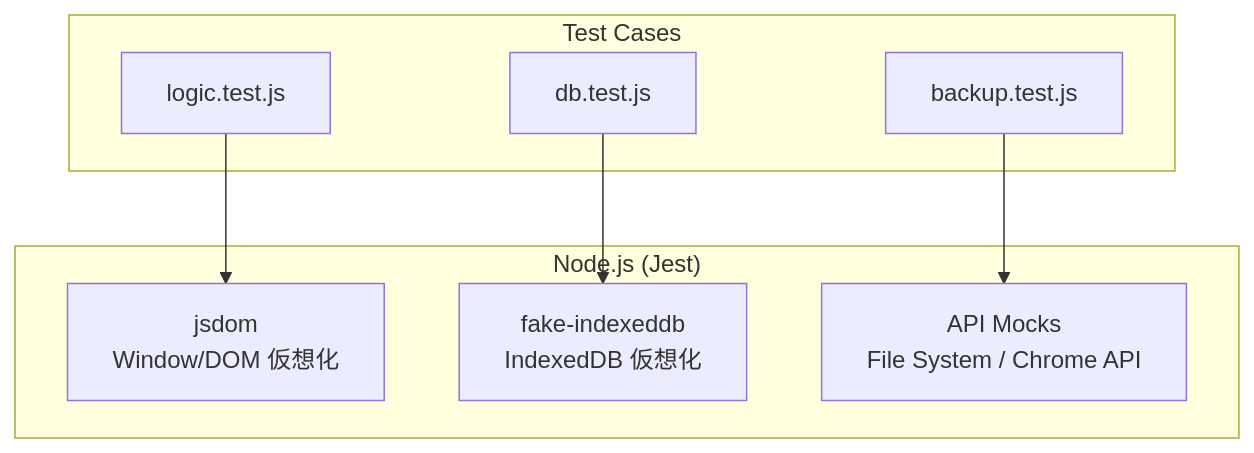
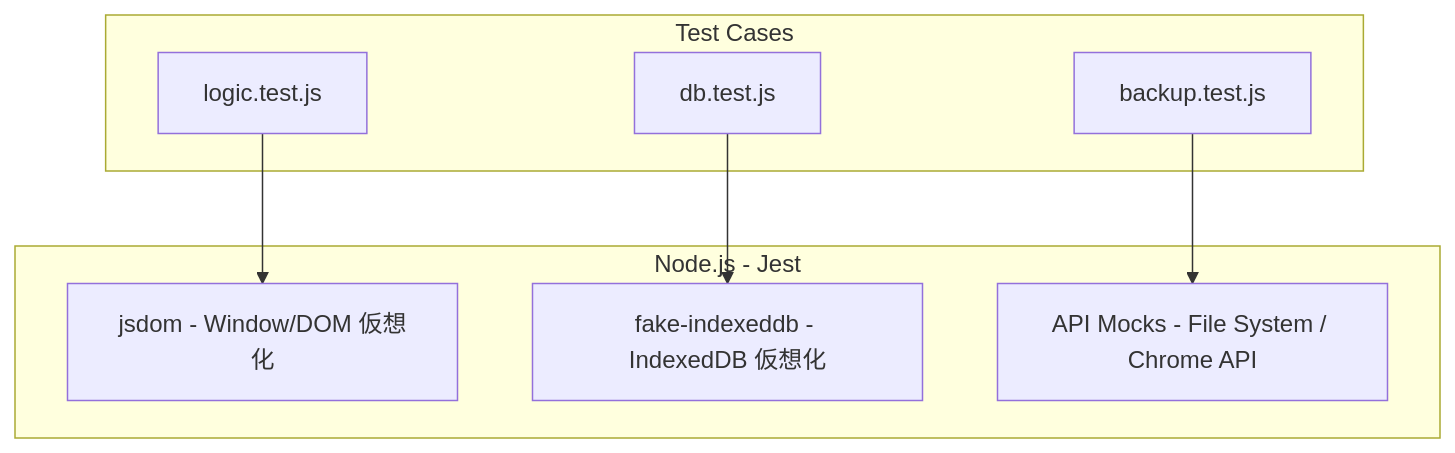
Before and after one commit to masanori-satake/QuickLog-Solo: diagram 12 of 12 in docs/README_DEV.md, drawn with Mermaid. The commit also changed other lines of this file, not shown here.

First line of the commit message:
docs: fix mermaid syntax and layout again

````diff
--- a/docs/README_DEV.md
+++ b/docs/README_DEV.md
@@ -544,18 +545,18 @@
 ```mermaid
 graph TD
-    subgraph NodeHost ["Node.js (Jest)"]
-        JSDOM[jsdom <br/>Window/DOM 仮想化]
-        FakeDB[fake-indexeddb <br/>IndexedDB 仮想化]
-        Mocks[API Mocks <br/>File System / Chrome API]
+    subgraph NodeHost ["Node.js - Jest"]
+        JSDOM["jsdom - Window/DOM 仮想化"]
+        FakeDB["fake-indexeddb - IndexedDB 仮想化"]
+        Mocks["API Mocks - File System / Chrome API"]
     end
 
     subgraph TestCases ["Test Cases"]
-        LogicTest[logic.test.js]
-        DBTest[db.test.js]
-        BackupTest[backup.test.js]
+        LogicTest["logic.test.js"]
+        DBTest["db.test.js"]
+        BackupTest["backup.test.js"]
     end
 
     LogicTest --> JSDOM
     DBTest --> FakeDB
     BackupTest --> Mocks
 ```
````
